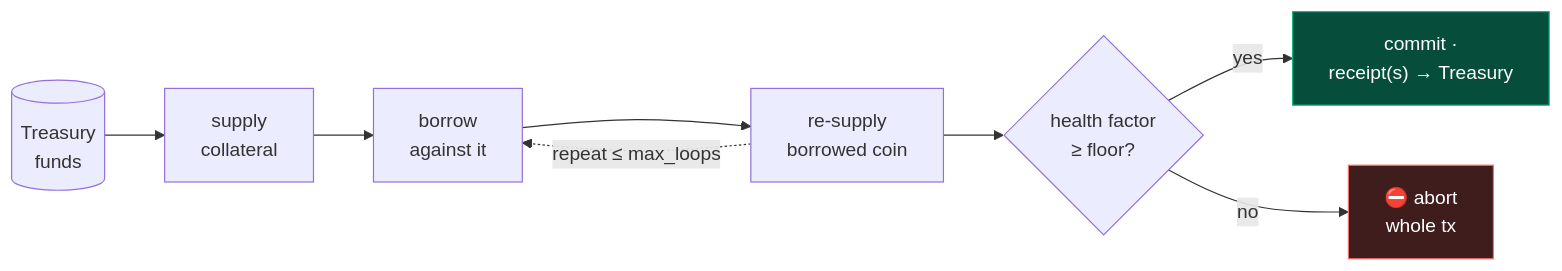
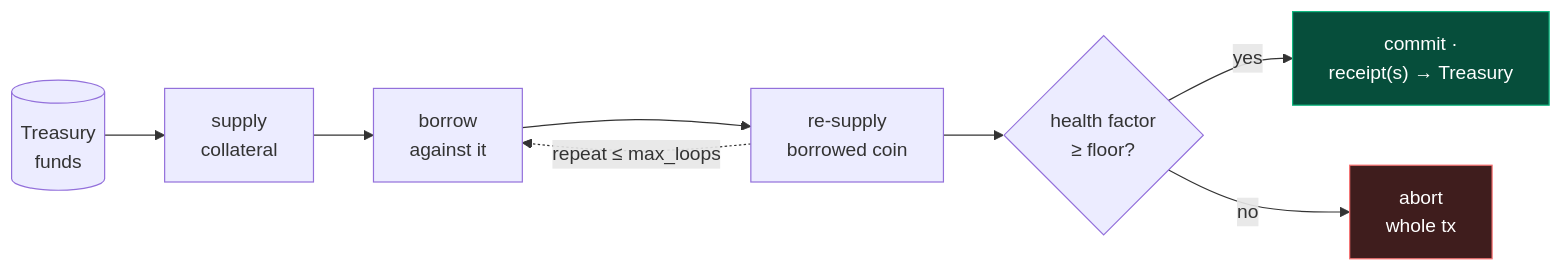
The eighth of 9 diagrams in docs/treasury-agent-design.md (speedxgul/looping-agent), drawn with Mermaid before and after one commit. The commit also changed other lines of this file and 13 other files, not shown here.

````diff
--- a/docs/treasury-agent-design.md
+++ b/docs/treasury-agent-design.md
@@ -528,14 +539,14 @@
 ```mermaid
 flowchart LR
     T[("Treasury<br/>funds")] --> S1["supply<br/>collateral"]
     S1 --> B["borrow<br/>against it"]
     B --> S2["re-supply<br/>borrowed coin"]
     S2 -. "repeat ≤ max_loops" .-> B
     S2 --> H{"health factor<br/>≥ floor?"}
     H -- yes --> OK["commit ·<br/>receipt(s) → Treasury"]
-    H -- no --> AB["⛔ abort<br/>whole tx"]
+    H -- no --> AB["abort<br/>whole tx"]
     classDef good fill:#064e3b,stroke:#10b981,color:#fff;
     classDef bad fill:#3f1d1d,stroke:#f87171,color:#fff;
     class OK good;
     class AB bad;
 ```
````
